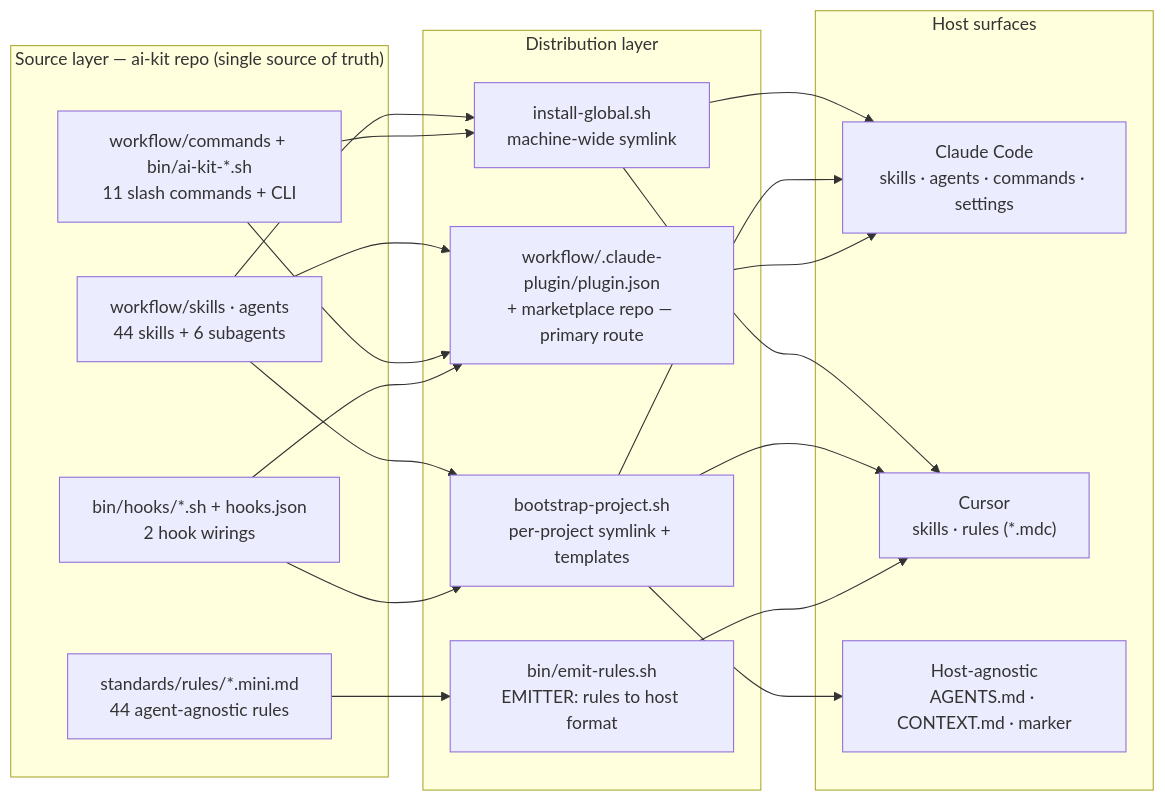
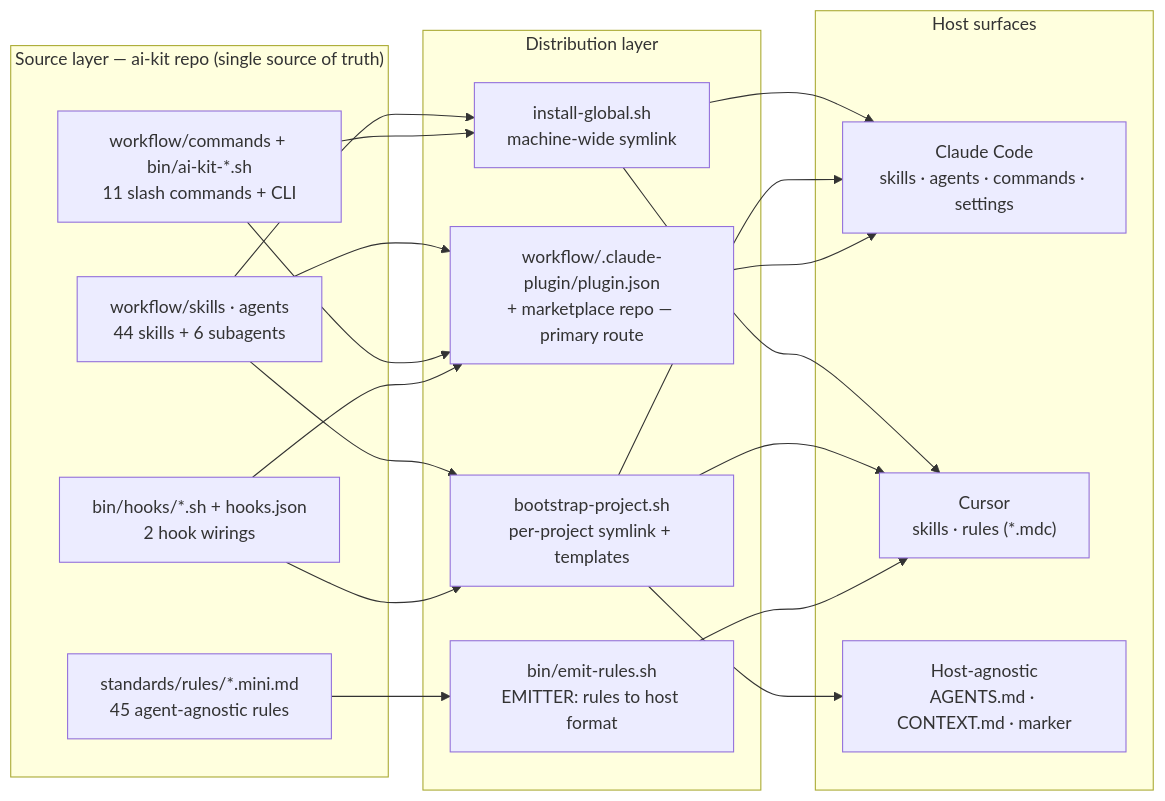
The first of 2 diagrams in docs/diagrams.md (yusufkaracaburun/ai-kit), drawn with Mermaid before and after one commit. The commit also changed 21 other files, not shown here.

````diff
--- a/docs/diagrams.md
+++ b/docs/diagrams.md
@@ -10,32 +10,32 @@
 ```mermaid
 flowchart LR
   subgraph SRC["Source layer — ai-kit repo (single source of truth)"]
     SA["workflow/skills · agents<br/>44 skills + 6 subagents"]
     CB["workflow/commands + bin/ai-kit-*.sh<br/>11 slash commands + CLI"]
     H["bin/hooks/*.sh + hooks.json<br/>2 hook wirings"]
-    R["standards/rules/*.mini.md<br/>44 agent-agnostic rules"]
+    R["standards/rules/*.mini.md<br/>45 agent-agnostic rules"]
   end
 
   subgraph DIST["Distribution layer"]
     IG["install-global.sh<br/>machine-wide symlink"]
     PL["workflow/.claude-plugin/plugin.json<br/>+ marketplace repo — primary route"]
     BP["bootstrap-project.sh<br/>per-project symlink + templates"]
     ER["bin/emit-rules.sh<br/>EMITTER: rules to host format"]
   end
 
   subgraph HOSTS["Host surfaces"]
     CC["Claude Code<br/>skills · agents · commands · settings"]
     CU["Cursor<br/>skills · rules (*.mdc)"]
     HA["Host-agnostic<br/>AGENTS.md · CONTEXT.md · marker"]
   end
 
   SA --> IG & BP & PL
   CB --> IG & PL
   H --> PL & BP
   R --> ER
 
   IG --> CC & CU
   BP --> CC & CU & HA
   PL --> CC
   ER --> CU
 ```
````
